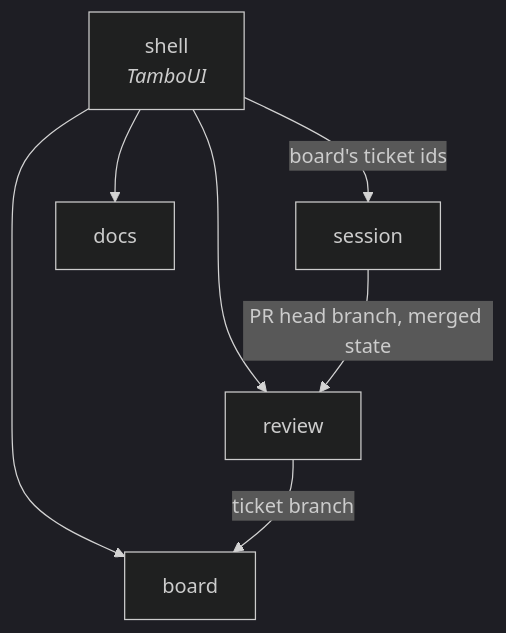
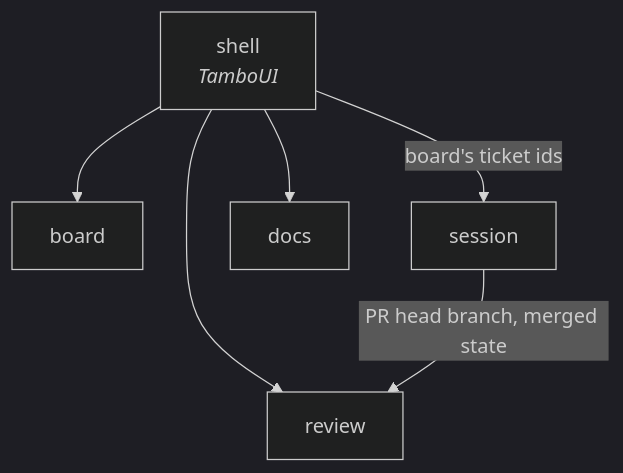
Before and after one commit to maxenceng/lazyclaude: the diagram in docs/context-map.md, drawn with Mermaid (dark theme). The commit also changed other lines of this file and 82 other files, not shown here.

First line of the commit message:
REVIEW-1: PR and CI glyphs on the board and in the ticket detail (#21)

````diff
--- a/docs/context-map.md
+++ b/docs/context-map.md
@@ -29,14 +29,13 @@
 ```mermaid
 graph TD
     shell[shell<br/><i>TamboUI</i>]
     board[board]
     session[session]
     review[review]
     docs[docs]
     shell --> board
     shell -- "board's ticket ids" --> session
     shell --> review
     shell --> docs
     session -- "PR head branch, merged state" --> review
-    review -- "ticket branch" --> board
 ```
````
